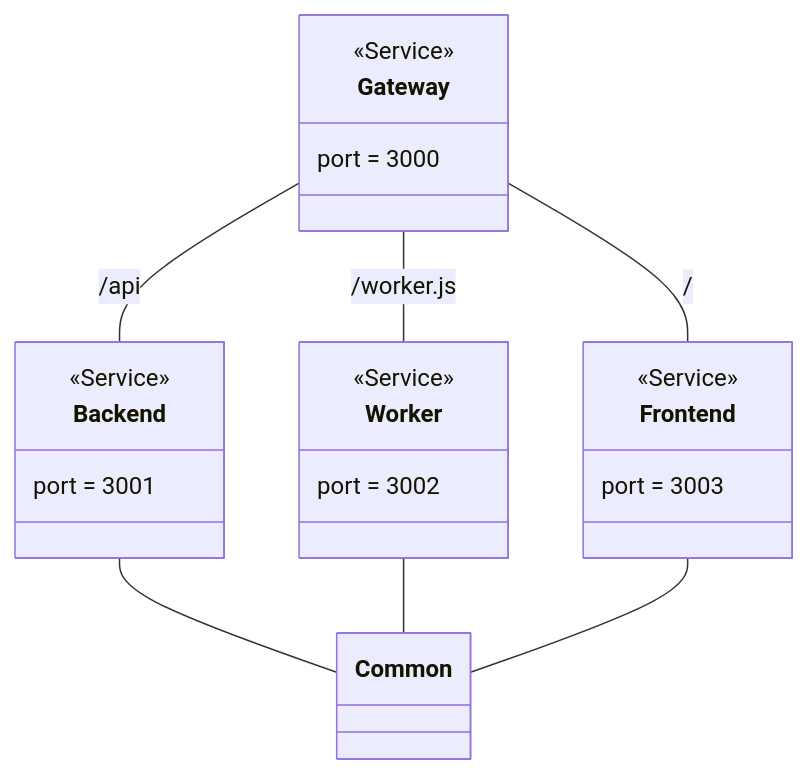
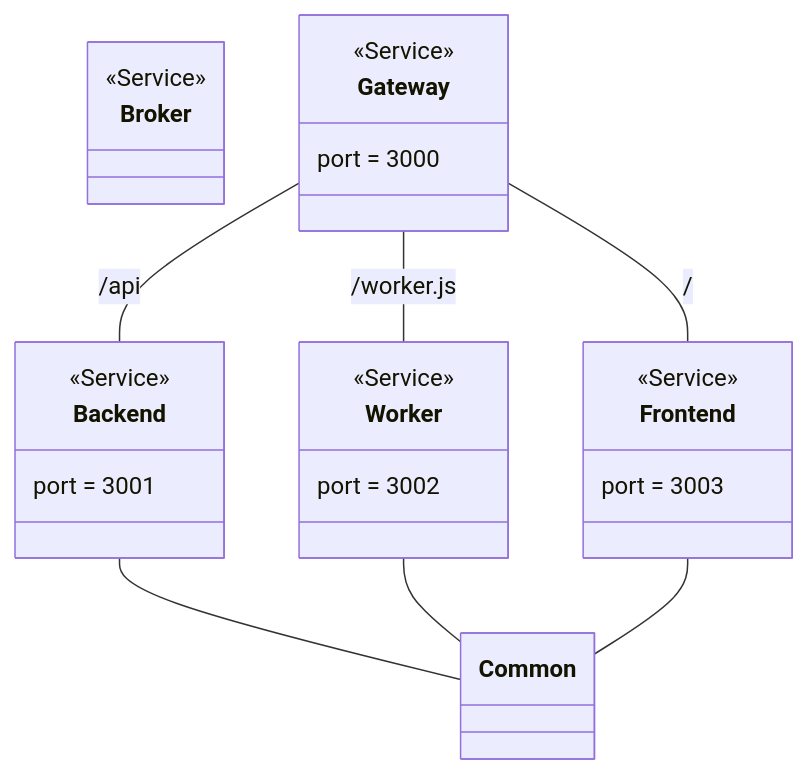
Before and after one commit to ghackenberg/caddrive: the diagram in README.md, drawn with Mermaid. The commit also changed other lines of this file and 6 other files, not shown here.

````diff
--- a/README.md
+++ b/README.md
@@ -36,28 +37,32 @@
 ```mermaid
 classDiagram
     class Common
     class Backend {
         port = 3001
     }
     class Worker {
         port = 3002
     }
     class Frontend {
         port = 3003
     }
+    class Broker {
+
+    }
     class Gateway {
         port = 3000
     }
     
+    <<Service>> Broker
     <<Service>> Backend
     <<Service>> Worker
     <<Service>> Frontend
     <<Service>> Gateway
 
     Gateway -- Backend: /api
     Gateway -- Worker: /worker.js
     Gateway -- Frontend: /
     Backend -- Common
     Worker -- Common
     Frontend -- Common
 ```
````
